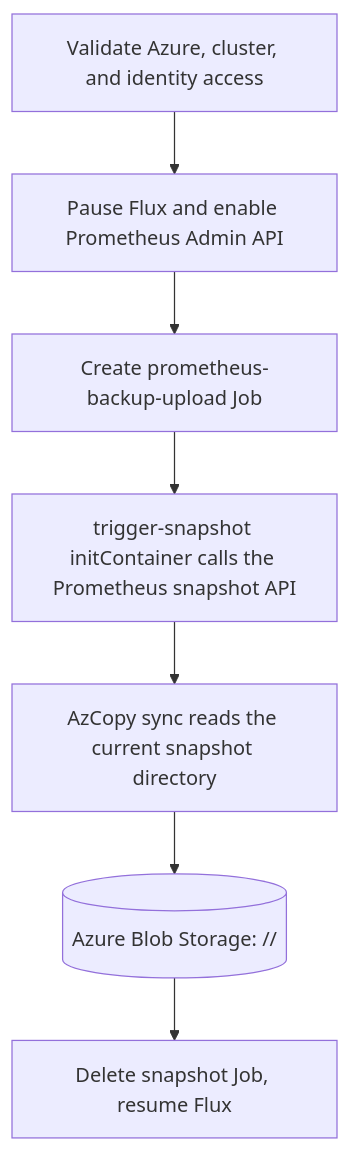
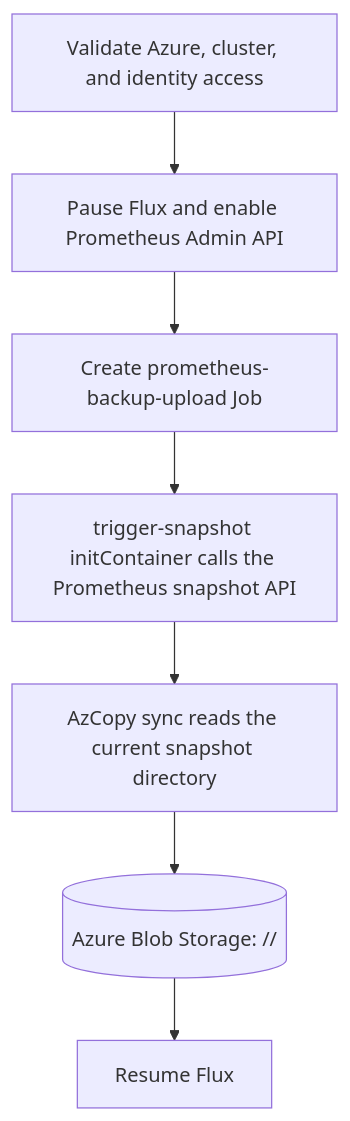
The first of 2 diagrams in scripts/prometheus-operator/README.md (equinor/radix-platform), drawn with Mermaid before and after one commit. The commit also changed other lines of this file and 4 other files, not shown here.

````diff
--- a/scripts/prometheus-operator/README.md
+++ b/scripts/prometheus-operator/README.md
@@ -52,11 +42,11 @@
 ```mermaid
 flowchart TD
         preflight[Validate Azure, cluster, and identity access]
         admin[Pause Flux and enable Prometheus Admin API]
         job[Create prometheus-backup-upload Job]
         snapshot[trigger-snapshot initContainer calls the Prometheus snapshot API]
         sync[AzCopy sync reads the current snapshot directory]
         blob[(Azure Blob Storage: <cluster>/<backup-name>/)]
-        cleanup[Delete snapshot Job, resume Flux]
+        cleanup[Resume Flux]
         preflight --> admin --> job --> snapshot --> sync --> blob --> cleanup
 ```
````
